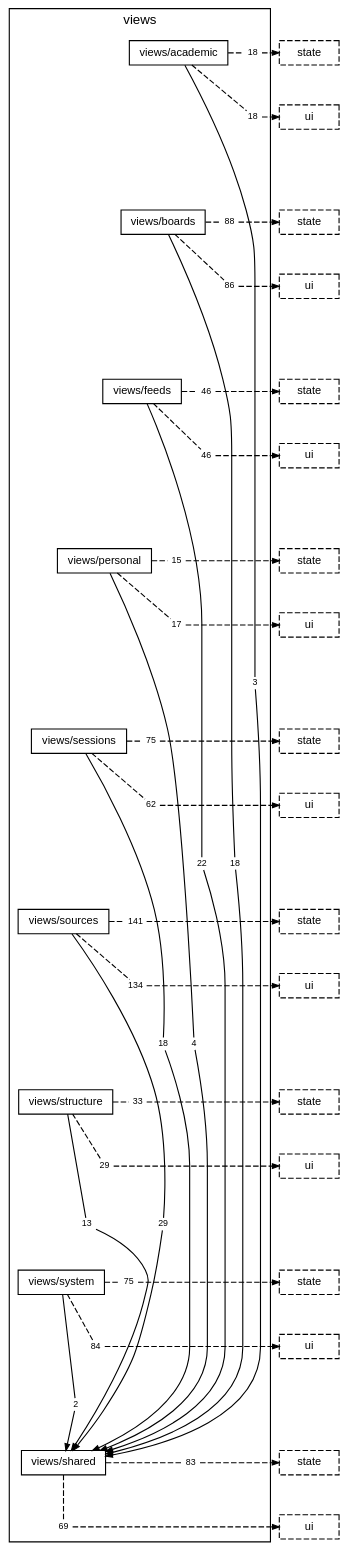
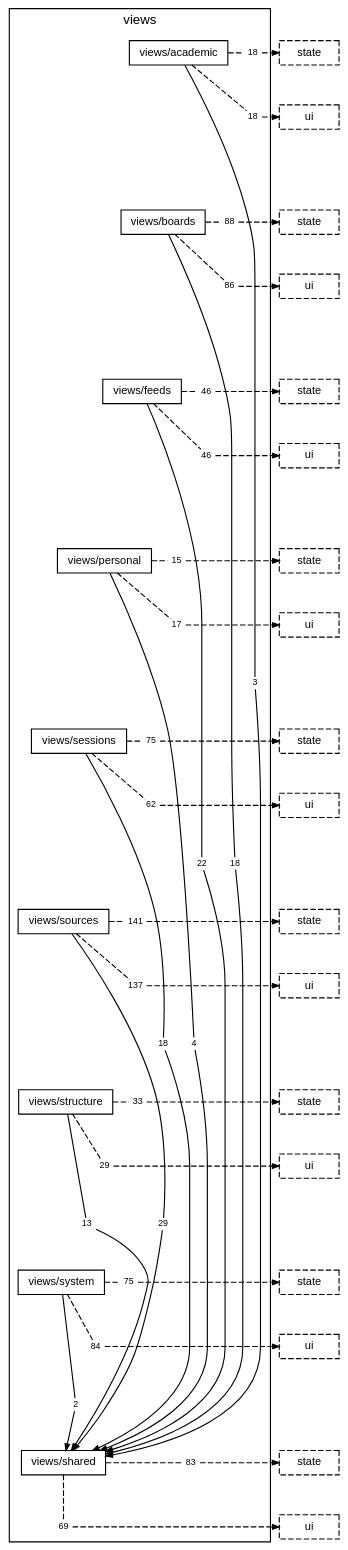
Before and after one commit to TheAxeC/oculus: the diagram in docs/diagrams/layer-views.dot, drawn with Graphviz. The commit also changed 32 other files, not shown here.

```diff
--- a/docs/diagrams/layer-views.dot
+++ b/docs/diagrams/layer-views.dot
@@ -30,7 +30,7 @@
         "folder views/sessions to layer ui" [label="62", shape=box, color="transparent", fontsize=8, width=0, height=0, margin="0.04,0.02"];
         "folder views/sources to folder views/shared" [label="29", shape=box, color="transparent", fontsize=8, width=0, height=0, margin="0.04,0.02"];
         "folder views/sources to layer state" [label="141", shape=box, color="transparent", fontsize=8, width=0, height=0, margin="0.04,0.02"];
-        "folder views/sources to layer ui" [label="134", shape=box, color="transparent", fontsize=8, width=0, height=0, margin="0.04,0.02"];
+        "folder views/sources to layer ui" [label="137", shape=box, color="transparent", fontsize=8, width=0, height=0, margin="0.04,0.02"];
         "folder views/structure to folder views/shared" [label="13", shape=box, color="transparent", fontsize=8, width=0, height=0, margin="0.04,0.02"];
         "folder views/structure to layer state" [label="33", shape=box, color="transparent", fontsize=8, width=0, height=0, margin="0.04,0.02"];
         "folder views/structure to layer ui" [label="29", shape=box, color="transparent", fontsize=8, width=0, height=0, margin="0.04,0.02"];
```
